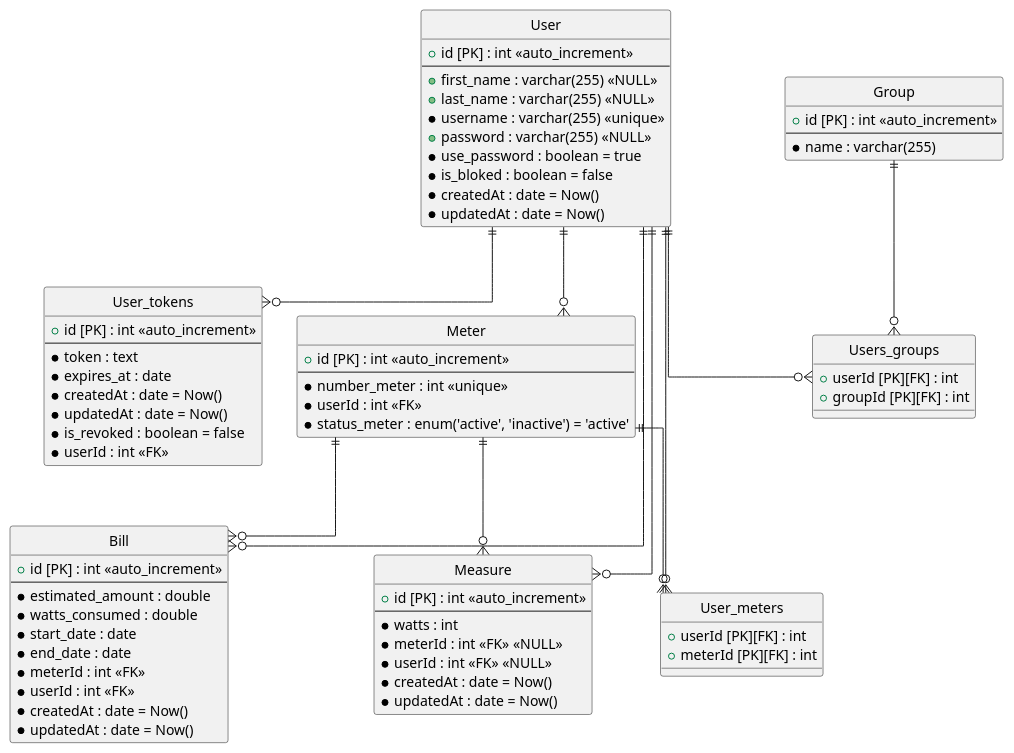
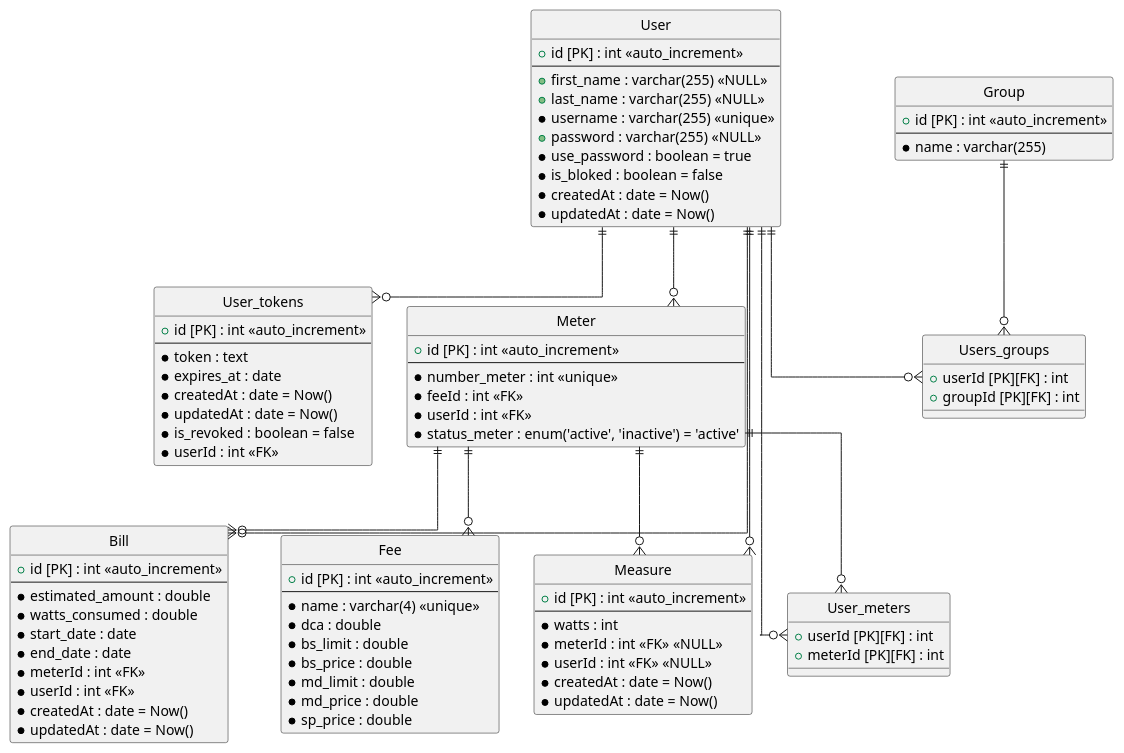
Before and after one commit to CascoArcilla/watts-control: the diagram in data_base.plantuml, drawn with PlantUML.

Commit message:
refactor: se agrega entidad tarifa al diagrma plantuml

```diff
--- a/data_base.plantuml
+++ b/data_base.plantuml
@@ -1,93 +1,108 @@
 @startuml data_base_er_diagram
 
 ' Configuración visual
 skinparam linetype ortho
 hide circle
 
 entity "User" as user {
   + id [PK] : int <<auto_increment>>
   --
   + first_name : varchar(255) <<NULL>>
   + last_name : varchar(255) <<NULL>>
   * username : varchar(255) <<unique>>
   + password : varchar(255) <<NULL>>
   * use_password : boolean = true
   * is_bloked : boolean = false
   * createdAt : date = Now()
   * updatedAt : date = Now()
 }
 
+entity "Fee" as fee
+{
+  + id [PK] : int <<auto_increment>>
+  --
+  * name : varchar(4) <<unique>>
+  * dca : double
+  * bs_limit : double
+  * bs_price : double
+  * md_limit : double
+  * md_price : double
+  * sp_price : double
+}
+
 entity "Meter" as meter {
   + id [PK] : int <<auto_increment>>
   --
   * number_meter : int <<unique>>
+  * feeId : int <<FK>>
   * userId : int <<FK>>
   * status_meter : enum('active', 'inactive') = 'active'
 }
 
 entity "Bill" as bill {
   + id [PK] : int <<auto_increment>>
   --
   * estimated_amount : double
   * watts_consumed : double
   * start_date : date
   * end_date : date
   * meterId : int <<FK>>
   * userId : int <<FK>>
   * createdAt : date = Now()
   * updatedAt : date = Now()
 }
 
 entity "Measure" as measure {
   + id [PK] : int <<auto_increment>>
   --
   * watts : int
   * meterId : int <<FK>> <<NULL>>
   * userId : int <<FK>> <<NULL>>
   * createdAt : date = Now()
   * updatedAt : date = Now()
 }
 
 entity "Group" as group {
   + id [PK] : int <<auto_increment>>
   --
   * name : varchar(255)
 }
 
 entity "User_tokens" as token {
   + id [PK] : int <<auto_increment>>
   --
   * token : text
   * expires_at : date
   * createdAt : date = Now()
   * updatedAt : date = Now()
   * is_revoked : boolean = false
   * userId : int <<FK>>
 }
 
 ' Tablas Intermedias (Many-to-Many)
 entity "Users_groups" as user_group {
   + userId [PK][FK] : int
   + groupId [PK][FK] : int
 }
 
 entity "User_meters" as user_meter {
   + userId [PK][FK] : int
   + meterId [PK][FK] : int
 }
 
 ' Relaciones basadas en los ALTER TABLE
 user ||--o{ token
 user ||--o{ bill
 user ||--o{ meter
 user ||--o{ measure
 user ||--o{ user_group
 user ||--o{ user_meter
 
 group ||--o{ user_group
 
 meter ||--o{ bill
 meter ||--o{ measure
 meter ||--o{ user_meter
+meter ||--o{ fee
 
 @enduml
```
